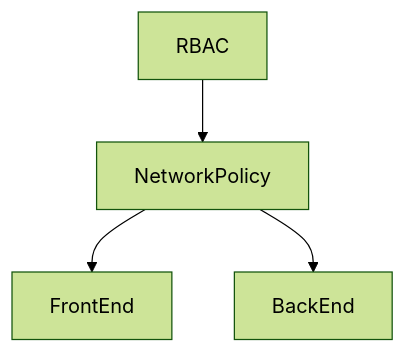
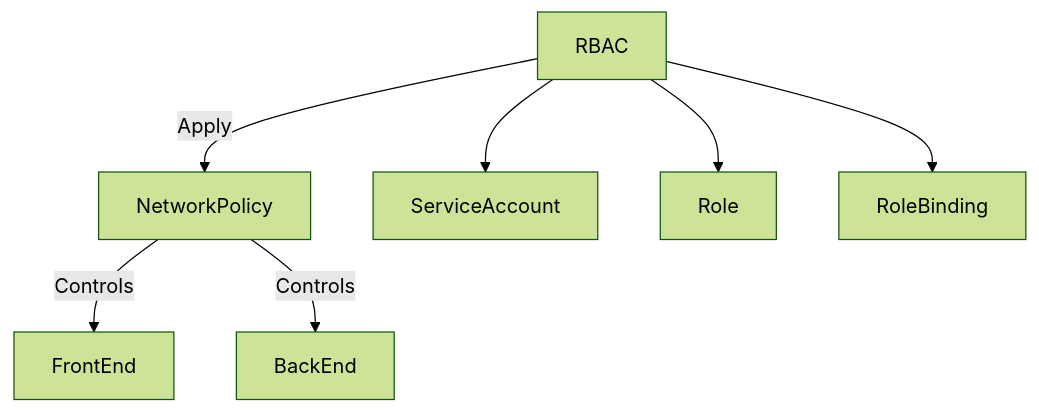
Before and after one commit to rifaterdemsahin/PolicyManagement: the diagram in Journey/1_reach_policy.md, drawn with Mermaid (forest theme). The commit also changed other lines of this file, not shown here.

````diff
--- a/Journey/1_reach_policy.md
+++ b/Journey/1_reach_policy.md
@@ -1,6 +1,9 @@
 ```mermaid
 graph TD
-    A[RBAC] --> B[NetworkPolicy]
-    B --> C[FrontEnd]
-    B --> D[BackEnd]
+    A[RBAC] -->|Apply| B[NetworkPolicy]
+    B -->|Controls| C[FrontEnd]
+    B -->|Controls| D[BackEnd]
+    A --> E[ServiceAccount]
+    A --> F[Role]
+    A --> G[RoleBinding]
 ```
````
